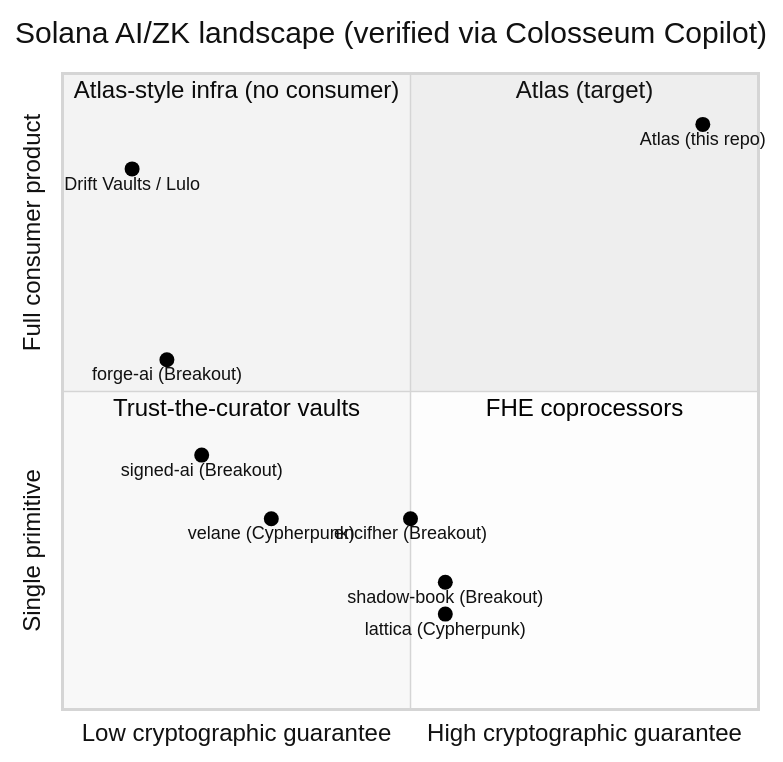
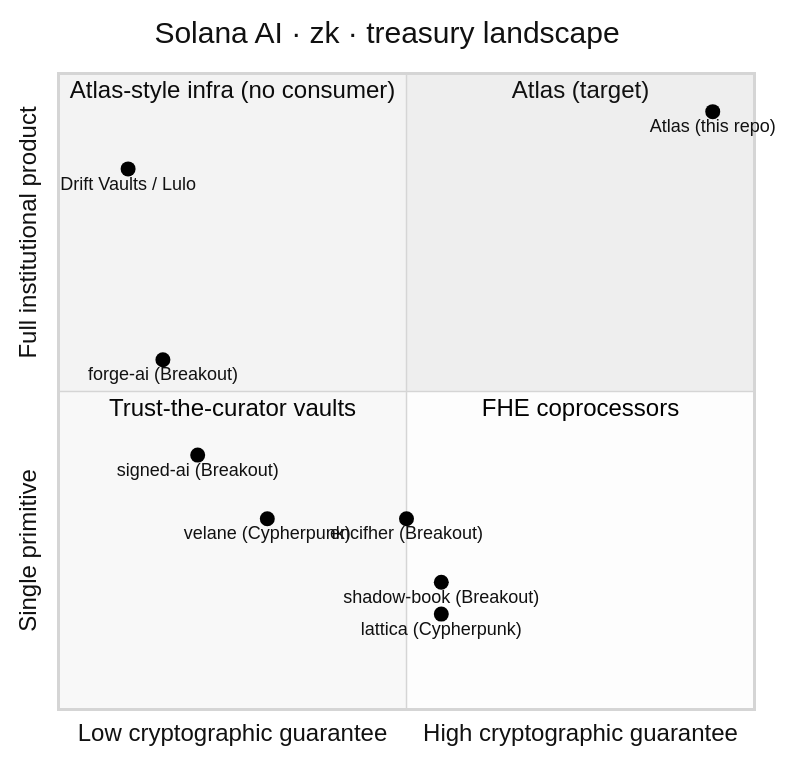
The seventh of 7 diagrams in README.md (Sushant6095/Atlas-protocol-colosseum-solana), drawn with Mermaid (neutral theme) before and after one commit. The commit also changed other lines of this file, not shown here.

First line of the commit message:
docs(readme): institutional Treasury OS positioning + 24-phase architecture

````diff
--- a/README.md
+++ b/README.md
@@ -371,18 +628,18 @@
 ```mermaid
 quadrantChart
-    title Solana AI/ZK landscape (verified via Colosseum Copilot)
+    title Solana AI · zk · treasury landscape
     x-axis Low cryptographic guarantee --> High cryptographic guarantee
-    y-axis Single primitive --> Full consumer product
+    y-axis Single primitive --> Full institutional product
     quadrant-1 "Atlas (target)"
     quadrant-2 "Atlas-style infra (no consumer)"
     quadrant-3 "Trust-the-curator vaults"
     quadrant-4 "FHE coprocessors"
     "signed-ai (Breakout)": [0.20, 0.40]
     "forge-ai (Breakout)": [0.15, 0.55]
     "velane (Cypherpunk)": [0.30, 0.30]
     "Drift Vaults / Lulo": [0.10, 0.85]
     "shadow-book (Breakout)": [0.55, 0.20]
     "lattica (Cypherpunk)": [0.55, 0.15]
     "encifher (Breakout)": [0.50, 0.30]
-    "Atlas (this repo)": [0.92, 0.92]
+    "Atlas (this repo)": [0.94, 0.94]
 ```
````
